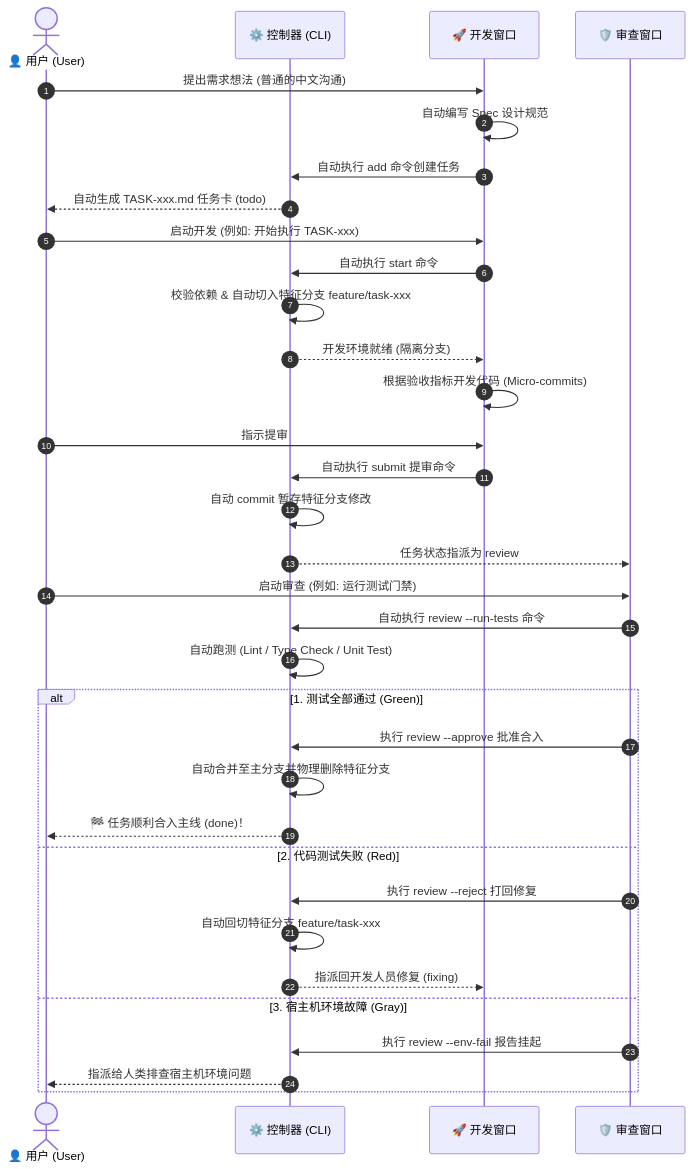
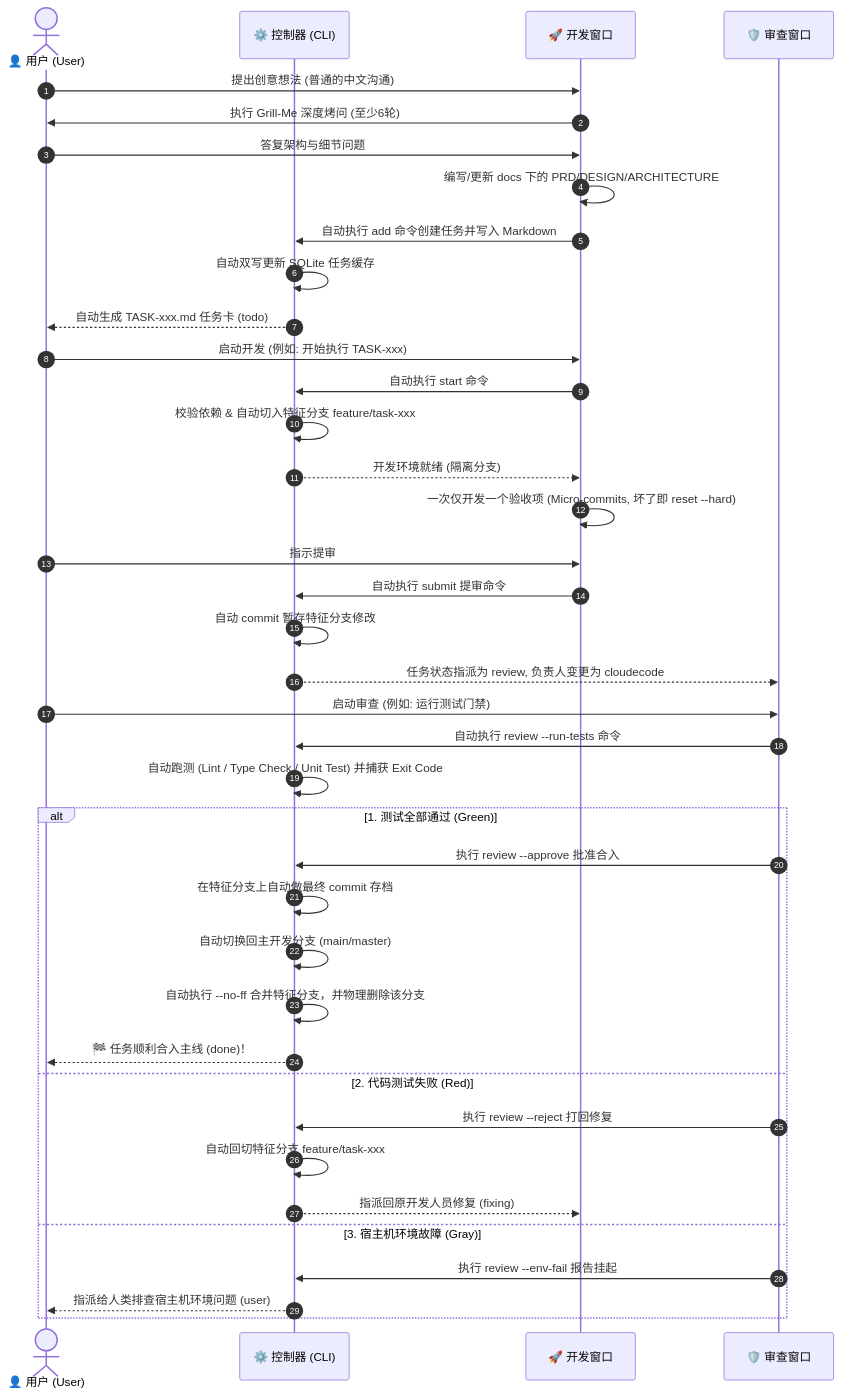
The second of 3 diagrams in README.md (NanQiaoMi/agentskillproject), drawn with Mermaid before and after one commit. The commit also changed other lines of this file, not shown here.

````diff
--- a/README.md
+++ b/README.md
@@ -86,45 +128,50 @@
 ```mermaid
 sequenceDiagram
     autonumber
     actor User as 👤 用户 (User)
     participant CLI as ⚙️ 控制器 (CLI)
     participant Dev as 🚀 开发窗口
     participant Review as 🛡️ 审查窗口
 
-    %% 阶段一：任务创建
-    User->>Dev: 提出需求想法 (普通的中文沟通)
-    Dev->>Dev: 自动编写 Spec 设计规范
-    Dev->>CLI: 自动执行 add 命令创建任务
+    %% 阶段一：头脑风暴与任务创建
+    User->>Dev: 提出创意想法 (普通的中文沟通)
+    Dev->>User: 执行 Grill-Me 深度烤问 (至少6轮)
+    User->>Dev: 答复架构与细节问题
+    Dev->>Dev: 编写/更新 docs 下的 PRD/DESIGN/ARCHITECTURE
+    Dev->>CLI: 自动执行 add 命令创建任务并写入 Markdown
+    CLI->>CLI: 自动双写更新 SQLite 任务缓存
     CLI-->>User: 自动生成 TASK-xxx.md 任务卡 (todo)
 
     %% 阶段二：认领启动
     User->>Dev: 启动开发 (例如: 开始执行 TASK-xxx)
     Dev->>CLI: 自动执行 start 命令
     CLI->>CLI: 校验依赖 & 自动切入特征分支 feature/task-xxx
     CLI-->>Dev: 开发环境就绪 (隔离分支)
 
     %% 阶段三：开发与提审
-    Dev->>Dev: 根据验收指标开发代码 (Micro-commits)
+    Dev->>Dev: 一次仅开发一个验收项 (Micro-commits, 坏了即 reset --hard)
     User->>Dev: 指示提审
     Dev->>CLI: 自动执行 submit 提审命令
     CLI->>CLI: 自动 commit 暂存特征分支修改
-    CLI-->>Review: 任务状态指派为 review
+    CLI-->>Review: 任务状态指派为 review, 负责人变更为 cloudecode
 
     %% 阶段四：跑测与合并
     User->>Review: 启动审查 (例如: 运行测试门禁)
     Review->>CLI: 自动执行 review --run-tests 命令
-    CLI->>CLI: 自动跑测 (Lint / Type Check / Unit Test)
+    CLI->>CLI: 自动跑测 (Lint / Type Check / Unit Test) 并捕获 Exit Code
 
     alt 1. 测试全部通过 (Green)
         Review->>CLI: 执行 review --approve 批准合入
-        CLI->>CLI: 自动合并至主分支并物理删除特征分支
+        CLI->>CLI: 在特征分支上自动做最终 commit 存档
+        CLI->>CLI: 自动切换回主开发分支 (main/master)
+        CLI->>CLI: 自动执行 --no-ff 合并特征分支，并物理删除该分支
         CLI-->>User: 🏁 任务顺利合入主线 (done)！
     else 2. 代码测试失败 (Red)
         Review->>CLI: 执行 review --reject 打回修复
         CLI->>CLI: 自动回切特征分支 feature/task-xxx
-        CLI-->>Dev: 指派回开发人员修复 (fixing)
+        CLI-->>Dev: 指派回原开发人员修复 (fixing)
     else 3. 宿主机环境故障 (Gray)
         Review->>CLI: 执行 review --env-fail 报告挂起
-        CLI-->>User: 指派给人类排查宿主机环境问题
+        CLI-->>User: 指派给人类排查宿主机环境问题 (user)
     end
 ```
````
